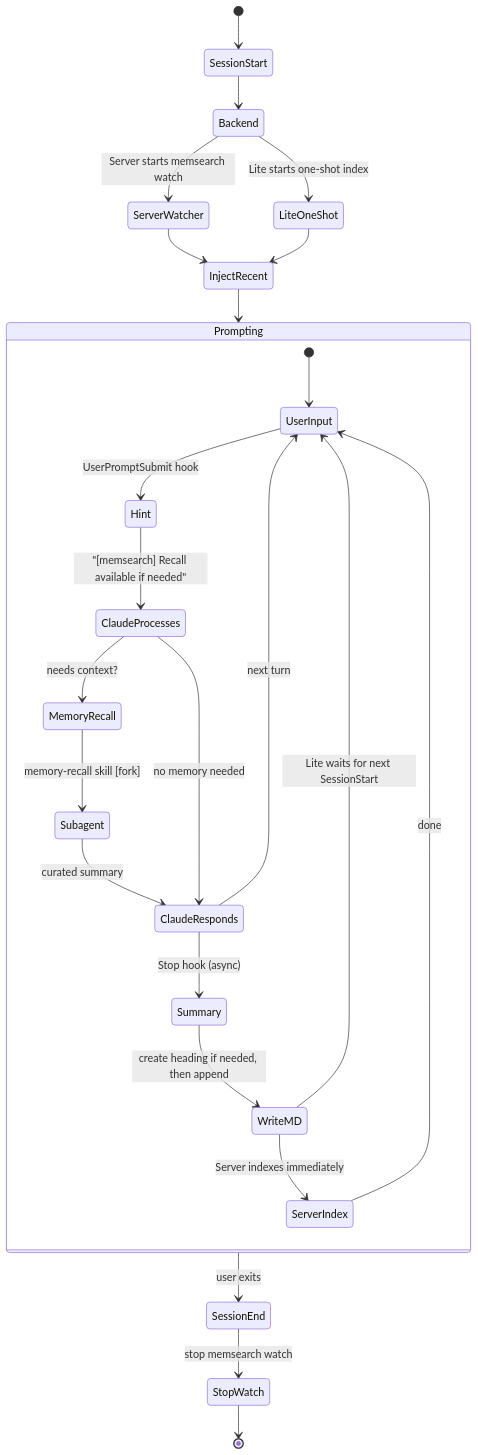
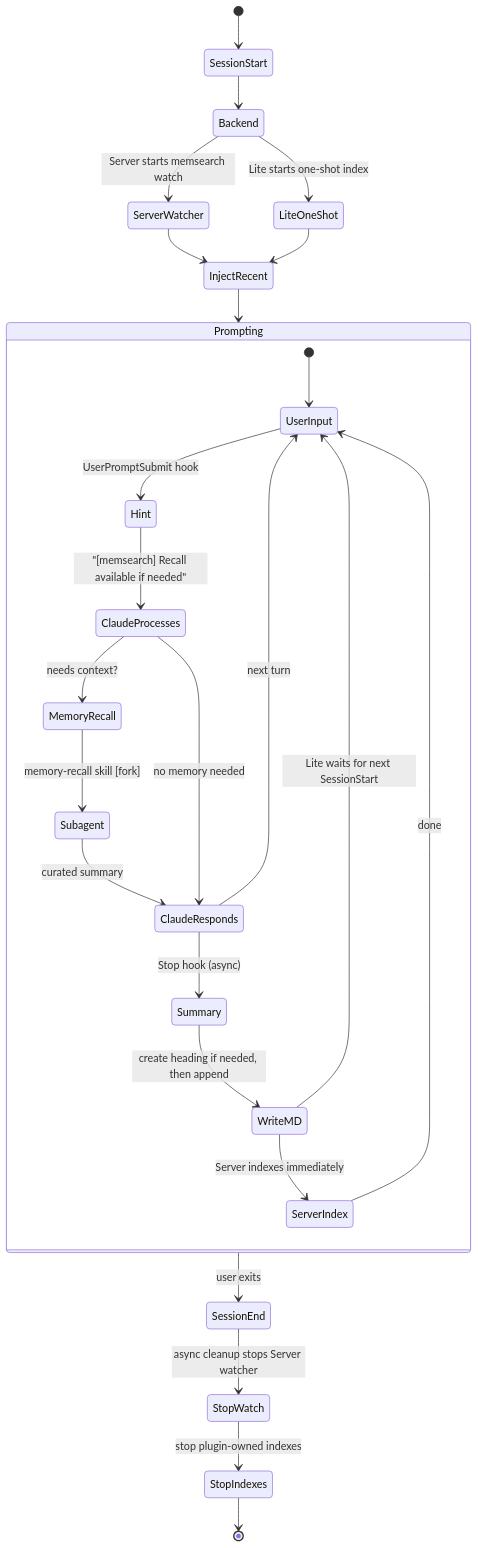
Before and after one commit to zilliztech/memsearch: the second of 3 diagrams in docs/platforms/claude-code/how-it-works.md, drawn with Mermaid. The commit also changed other lines of this file and 1 other file, not shown here.

Commit message:
docs(claude-code): clarify backend lifecycle cleanup

````diff
--- a/docs/platforms/claude-code/how-it-works.md
+++ b/docs/platforms/claude-code/how-it-works.md
@@ -57,31 +57,32 @@
 ```mermaid
 stateDiagram-v2
     [*] --> SessionStart
     SessionStart --> Backend
     Backend --> ServerWatcher: Server starts memsearch watch
     Backend --> LiteOneShot: Lite starts one-shot index
     ServerWatcher --> InjectRecent
     LiteOneShot --> InjectRecent
 
     InjectRecent --> Prompting
 
     state Prompting {
         [*] --> UserInput
         UserInput --> Hint: UserPromptSubmit hook
         Hint --> ClaudeProcesses: "[memsearch] Recall available if needed"
         ClaudeProcesses --> MemoryRecall: needs context?
         MemoryRecall --> Subagent: memory-recall skill [fork]
         Subagent --> ClaudeResponds: curated summary
         ClaudeProcesses --> ClaudeResponds: no memory needed
         ClaudeResponds --> UserInput: next turn
         ClaudeResponds --> Summary: Stop hook (async)
         Summary --> WriteMD: create heading if needed, then append
         WriteMD --> ServerIndex: Server indexes immediately
         ServerIndex --> UserInput: done
         WriteMD --> UserInput: Lite waits for next SessionStart
     }
 
     Prompting --> SessionEnd: user exits
-    SessionEnd --> StopWatch: stop memsearch watch
-    StopWatch --> [*]
+    SessionEnd --> StopWatch: async cleanup stops Server watcher
+    StopWatch --> StopIndexes: stop plugin-owned indexes
+    StopIndexes --> [*]
 ```
````
